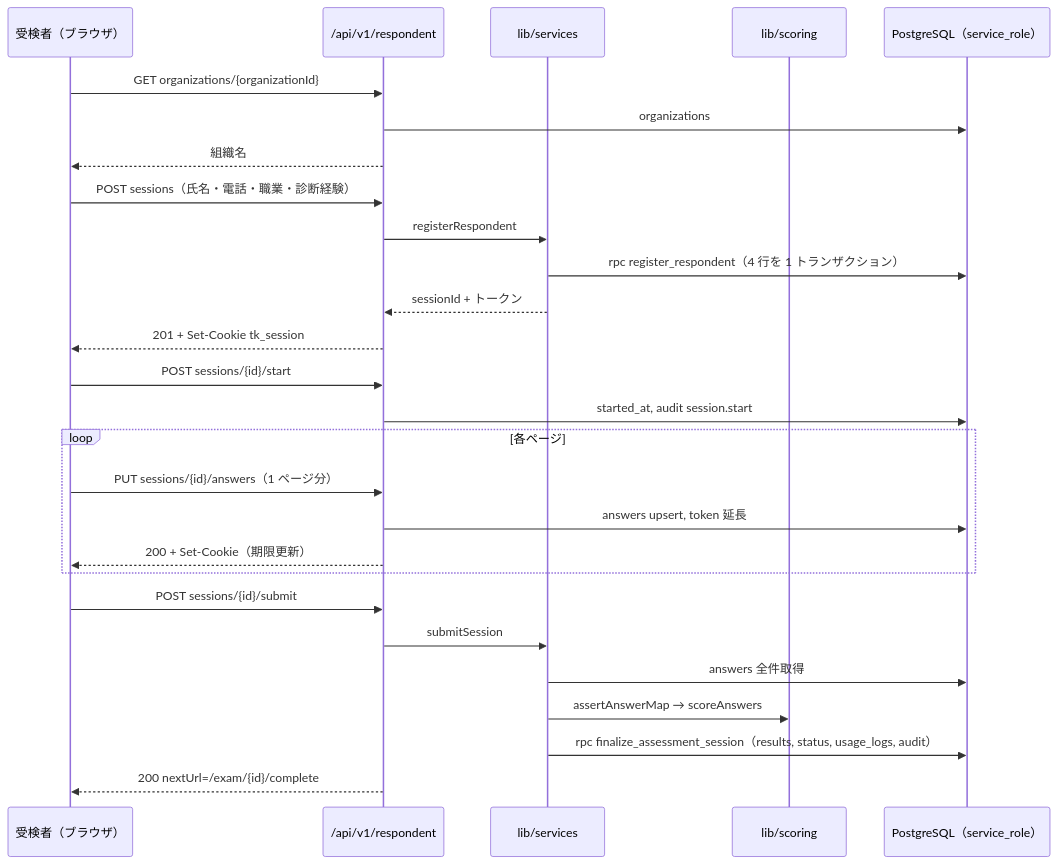
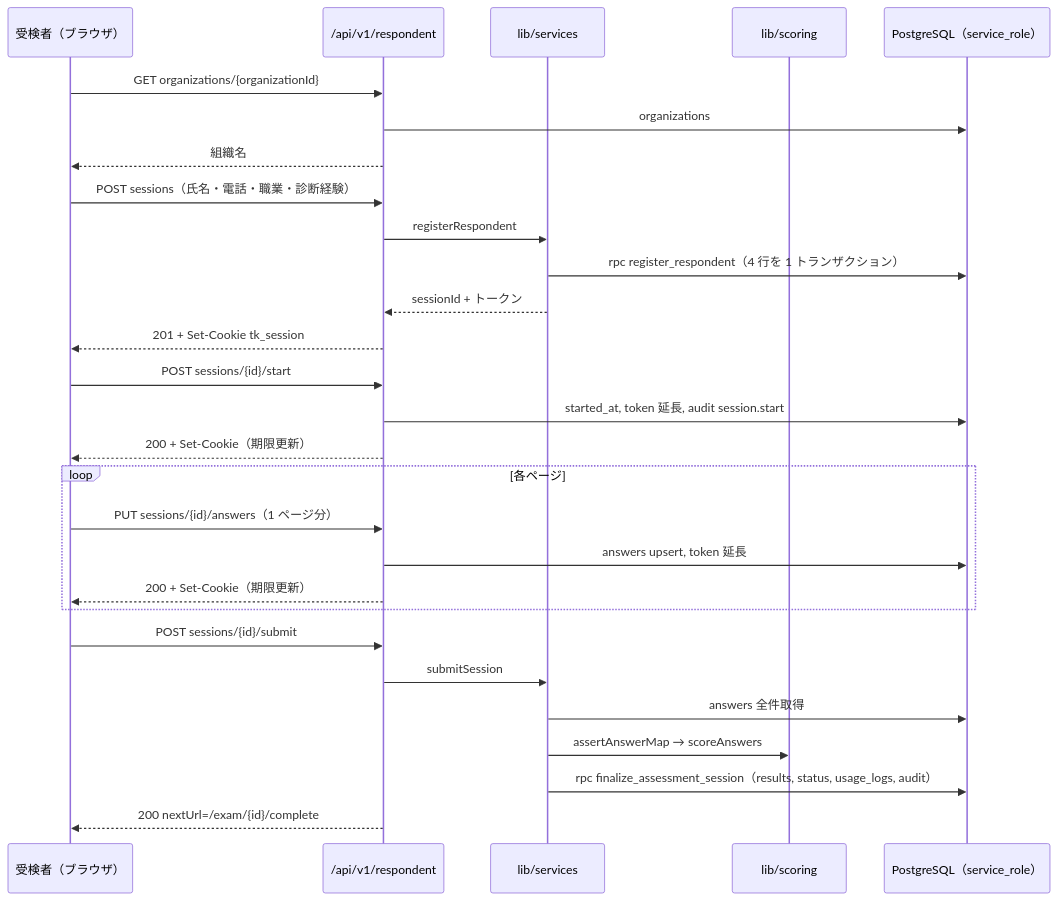
Before and after one commit to tanukichiyamaguchi/Tekisei-Kensa: the third of 6 diagrams in docs/基本設計/04_API設計.md, drawn with Mermaid. The commit also changed other lines of this file and 3 other files, not shown here.

````diff
--- a/docs/基本設計/04_API設計.md
+++ b/docs/基本設計/04_API設計.md
@@ -1016,29 +1129,30 @@
 ```mermaid
 sequenceDiagram
     participant R as 受検者（ブラウザ）
     participant API as /api/v1/respondent
     participant S as lib/services
     participant SC as lib/scoring
     participant DB as PostgreSQL（service_role）
     R->>API: GET organizations/{organizationId}
     API->>DB: organizations
     API-->>R: 組織名
     R->>API: POST sessions（氏名・電話・職業・診断経験）
     API->>S: registerRespondent
     S->>DB: rpc register_respondent（4 行を 1 トランザクション）
     S-->>API: sessionId + トークン
     API-->>R: 201 + Set-Cookie tk_session
     R->>API: POST sessions/{id}/start
-    API->>DB: started_at, audit session.start
+    API->>DB: started_at, token 延長, audit session.start
+    API-->>R: 200 + Set-Cookie（期限更新）
     loop 各ページ
         R->>API: PUT sessions/{id}/answers（1 ページ分）
         API->>DB: answers upsert, token 延長
         API-->>R: 200 + Set-Cookie（期限更新）
     end
     R->>API: POST sessions/{id}/submit
     API->>S: submitSession
     S->>DB: answers 全件取得
     S->>SC: assertAnswerMap → scoreAnswers
     S->>DB: rpc finalize_assessment_session（results, status, usage_logs, audit）
     API-->>R: 200 nextUrl=/exam/{id}/complete
 ```
````
